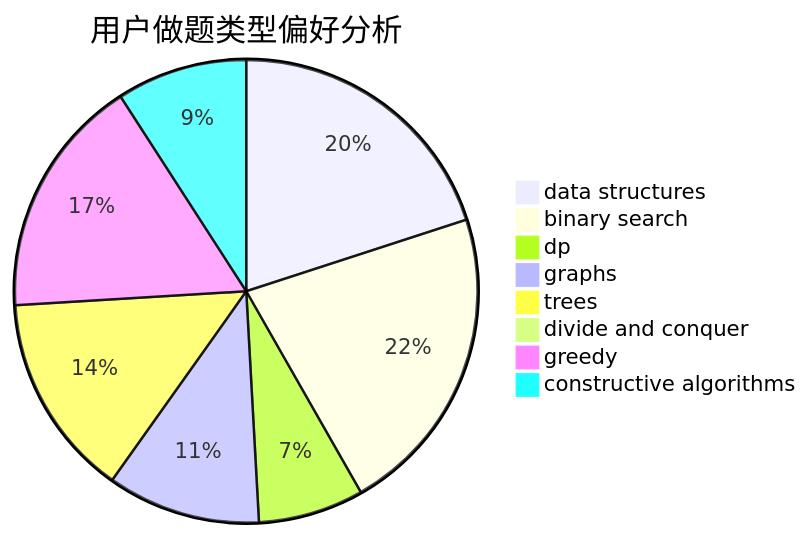
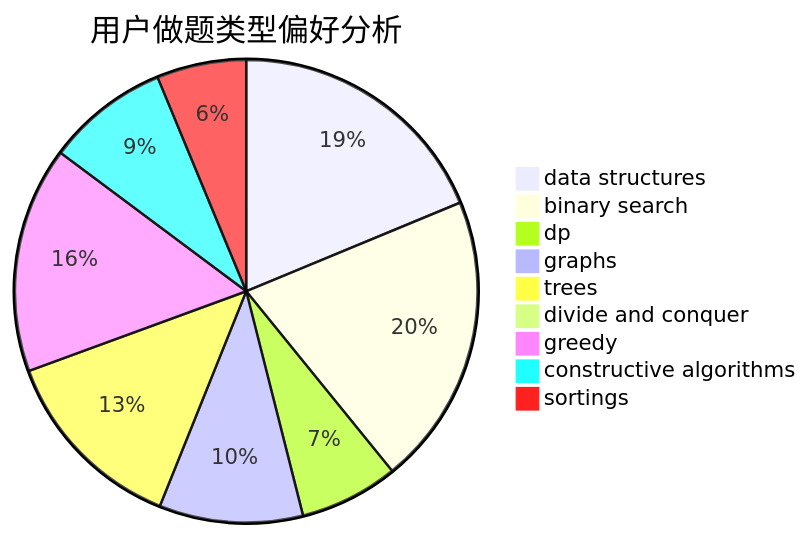
The second of 3 diagrams in docs/user/u1576.md (sherpahu/cfrs.github.io), drawn with Mermaid before and after one commit. The commit also changed other lines of this file and 2769 other files, not shown here.

````diff
--- a/docs/user/u1576.md
+++ b/docs/user/u1576.md
@@ -23,11 +18,12 @@
 ```mermaid
 pie title 用户做题类型偏好分析
     "data structures" :  114
     "binary search" :  124
     "dp" :  42
     "graphs" :  61
     "trees" :  81
     "divide and conquer" :  1
     "greedy" :  96
     "constructive algorithms" :  52
+    "sortings" :  38
 ```
````
